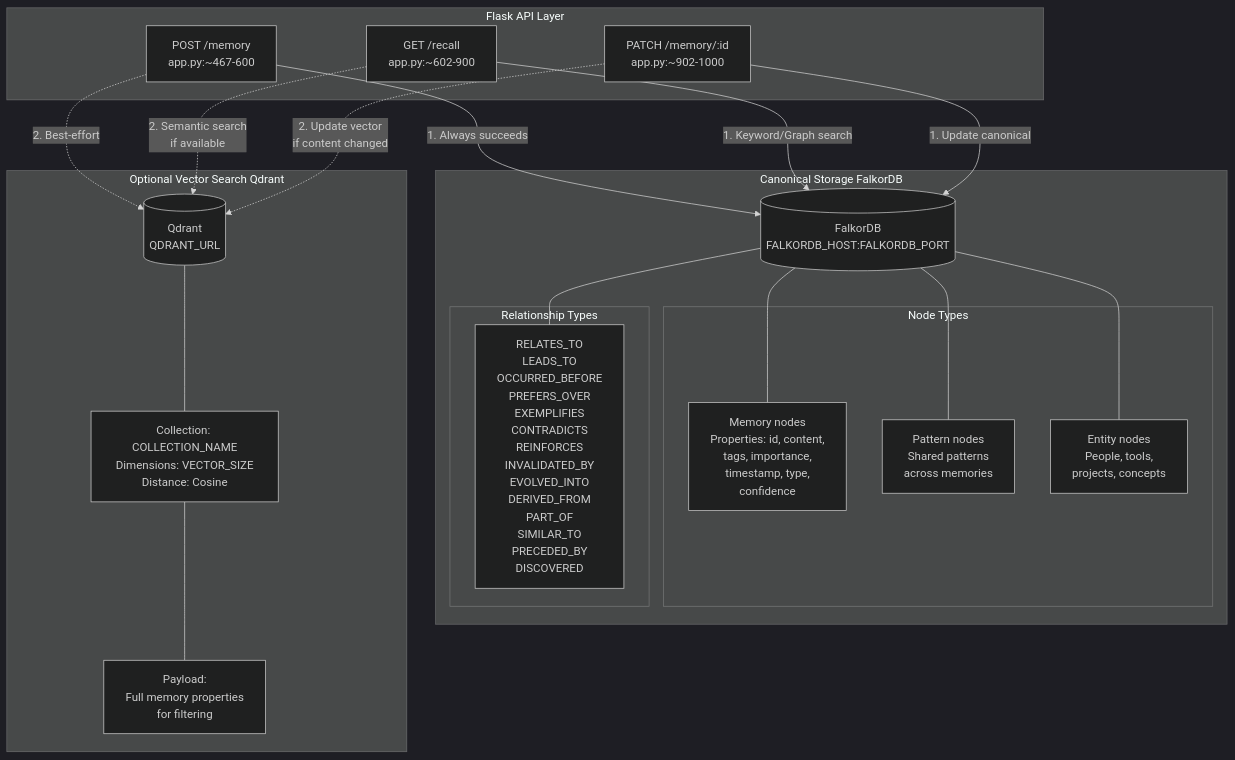
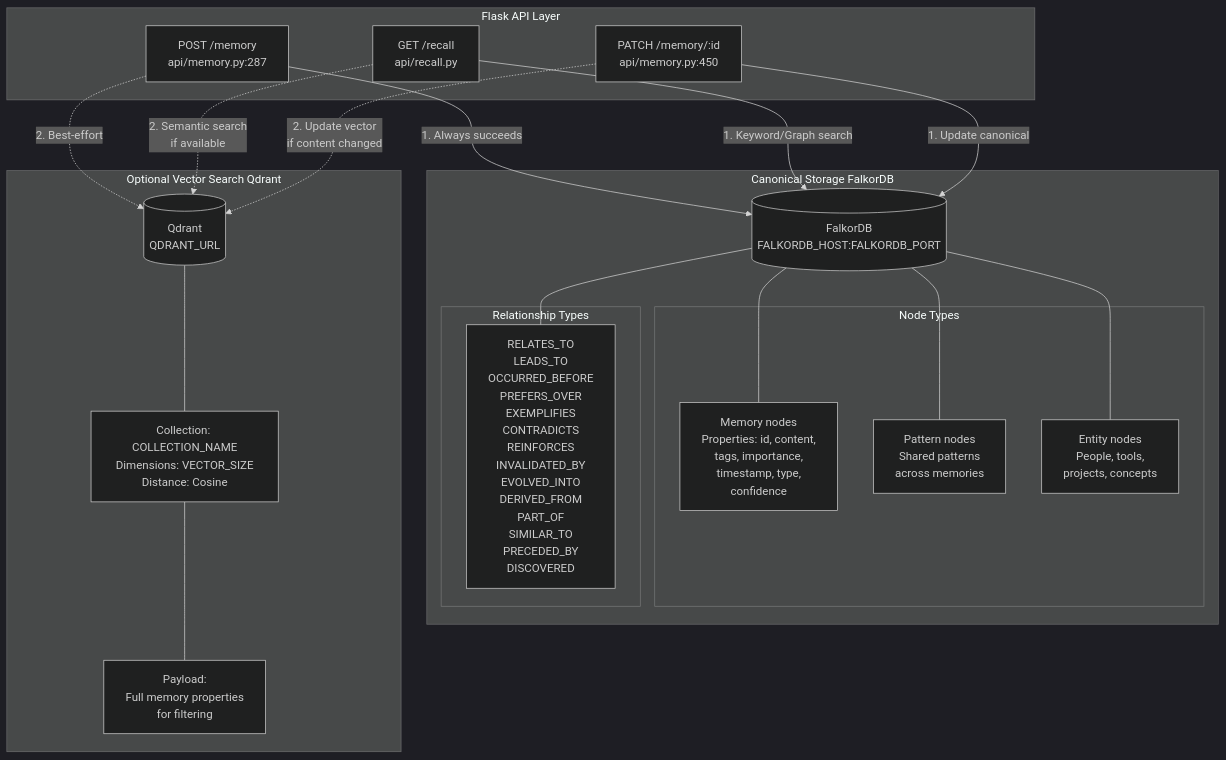
Before and after one commit to verygoodplugins/automem-website: the diagram in src/content/docs/docs/architecture/data-stores.md, drawn with Mermaid (dark theme). The commit also changed other lines of this file, not shown here.

First line of the commit message:
docs: fix drift in Data Stores architecture page

````diff
--- a/src/content/docs/docs/architecture/data-stores.md
+++ b/src/content/docs/docs/architecture/data-stores.md
@@ -29,45 +29,45 @@
 ```mermaid
 graph TB
     subgraph api["Flask API Layer"]
-        StoreMemory["POST /memory<br/>app.py:~467-600"]
-        RecallMemory["GET /recall<br/>app.py:~602-900"]
-        UpdateMemory["PATCH /memory/:id<br/>app.py:~902-1000"]
+        StoreMemory["POST /memory<br/>api/memory.py:287"]
+        RecallMemory["GET /recall<br/>api/recall.py"]
+        UpdateMemory["PATCH /memory/:id<br/>api/memory.py:450"]
     end
 
     subgraph canonical["Canonical Storage FalkorDB"]
         GraphDB[("FalkorDB<br/>FALKORDB_HOST:FALKORDB_PORT")]
 
         subgraph nodes["Node Types"]
             MemoryNode["Memory nodes<br/>Properties: id, content,<br/>tags, importance,<br/>timestamp, type,<br/>confidence"]
             PatternNode["Pattern nodes<br/>Shared patterns<br/>across memories"]
             EntityNode["Entity nodes<br/>People, tools,<br/>projects, concepts"]
         end
 
         subgraph edges["Relationship Types"]
             RelTypes["RELATES_TO<br/>LEADS_TO<br/>OCCURRED_BEFORE<br/>PREFERS_OVER<br/>EXEMPLIFIES<br/>CONTRADICTS<br/>REINFORCES<br/>INVALIDATED_BY<br/>EVOLVED_INTO<br/>DERIVED_FROM<br/>PART_OF<br/>SIMILAR_TO<br/>PRECEDED_BY<br/>DISCOVERED"]
         end
     end
 
     subgraph optional["Optional Vector Search Qdrant"]
         VectorDB[("Qdrant<br/>QDRANT_URL")]
         Collection["Collection: COLLECTION_NAME<br/>Dimensions: VECTOR_SIZE<br/>Distance: Cosine"]
         Payload["Payload:<br/>Full memory properties<br/>for filtering"]
     end
 
     StoreMemory -->|"1. Always succeeds"| GraphDB
     StoreMemory -.->|"2. Best-effort"| VectorDB
 
     RecallMemory -->|"1. Keyword/Graph search"| GraphDB
     RecallMemory -.->|"2. Semantic search<br/>if available"| VectorDB
 
     UpdateMemory -->|"1. Update canonical"| GraphDB
     UpdateMemory -.->|"2. Update vector<br/>if content changed"| VectorDB
 
     GraphDB --- MemoryNode
     GraphDB --- PatternNode
     GraphDB --- EntityNode
     GraphDB --- RelTypes
 
     VectorDB --- Collection
     Collection --- Payload
 ```
````
